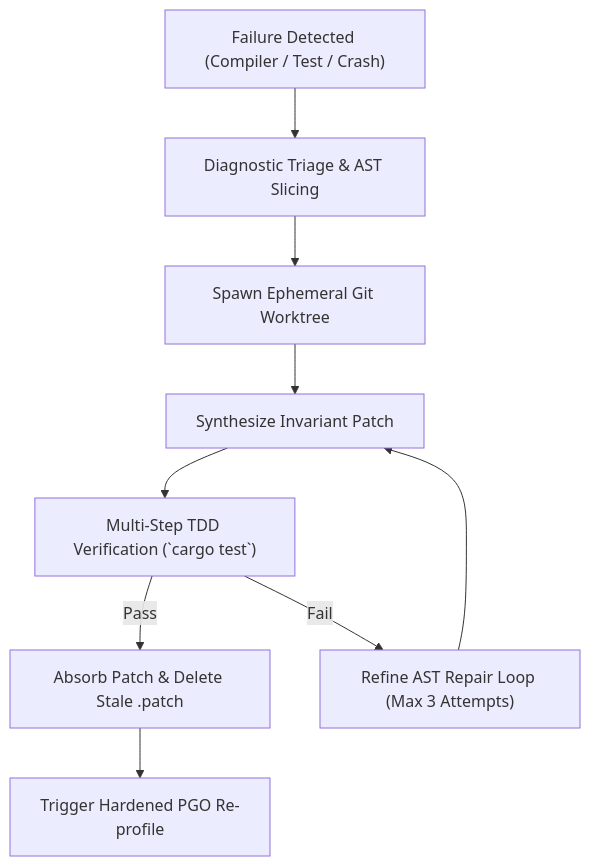
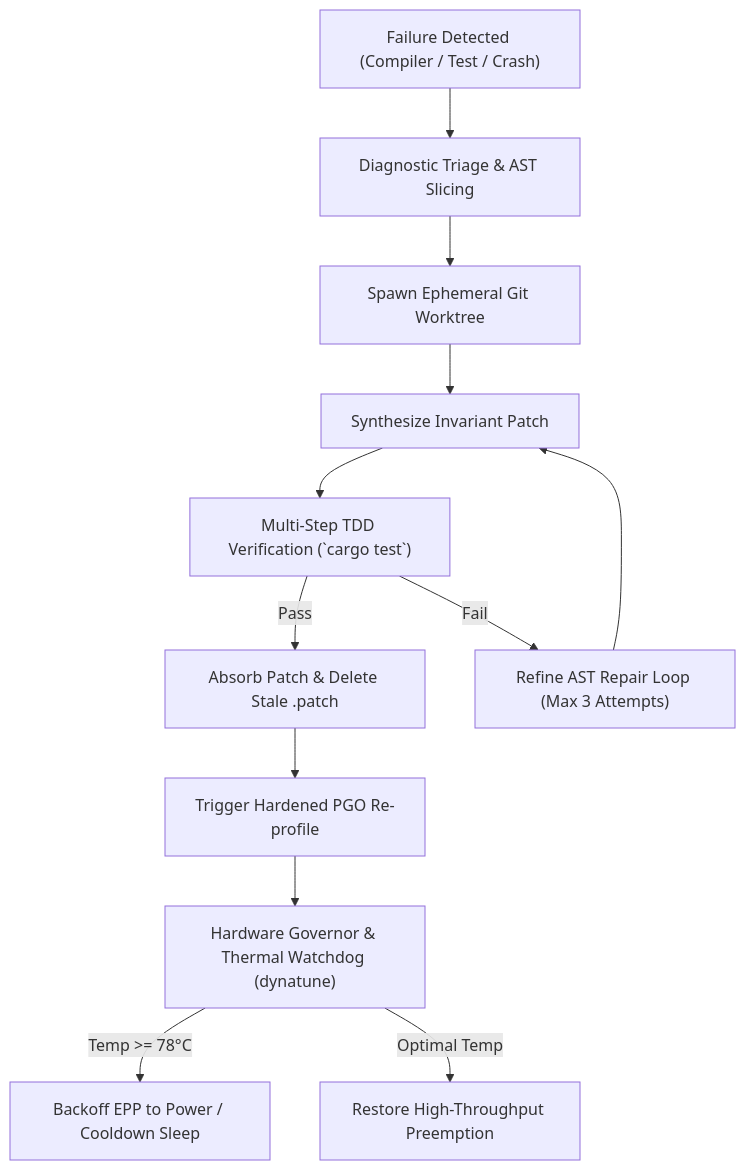
The diagram in skills/self-healing-loop/SKILL.md (CharleGutierrez/hagibis), drawn with Mermaid before and after one commit. The commit also changed other lines of this file and 27 other files, not shown here.

````diff
--- a/skills/self-healing-loop/SKILL.md
+++ b/skills/self-healing-loop/SKILL.md
@@ -22,11 +26,14 @@
 ```mermaid
 flowchart TD
     FAIL["Failure Detected (Compiler / Test / Crash)"] --> TRIAGE["Diagnostic Triage & AST Slicing"]
     TRIAGE --> WORKTREE["Spawn Ephemeral Git Worktree"]
     WORKTREE --> SYNTH["Synthesize Invariant Patch"]
     SYNTH --> TDD["Multi-Step TDD Verification (`cargo test`)"]
     TDD -->|Pass| ABSORB["Absorb Patch & Delete Stale .patch"]
     TDD -->|Fail| RETRY["Refine AST Repair Loop (Max 3 Attempts)"]
     RETRY --> SYNTH
     ABSORB --> PGO["Trigger Hardened PGO Re-profile"]
+    PGO --> HW["Hardware Governor & Thermal Watchdog (dynatune)"]
+    HW -->|Temp >= 78°C| THROTTLE["Backoff EPP to Power / Cooldown Sleep"]
+    HW -->|Optimal Temp| BOOST["Restore High-Throughput Preemption"]
 ```
````
